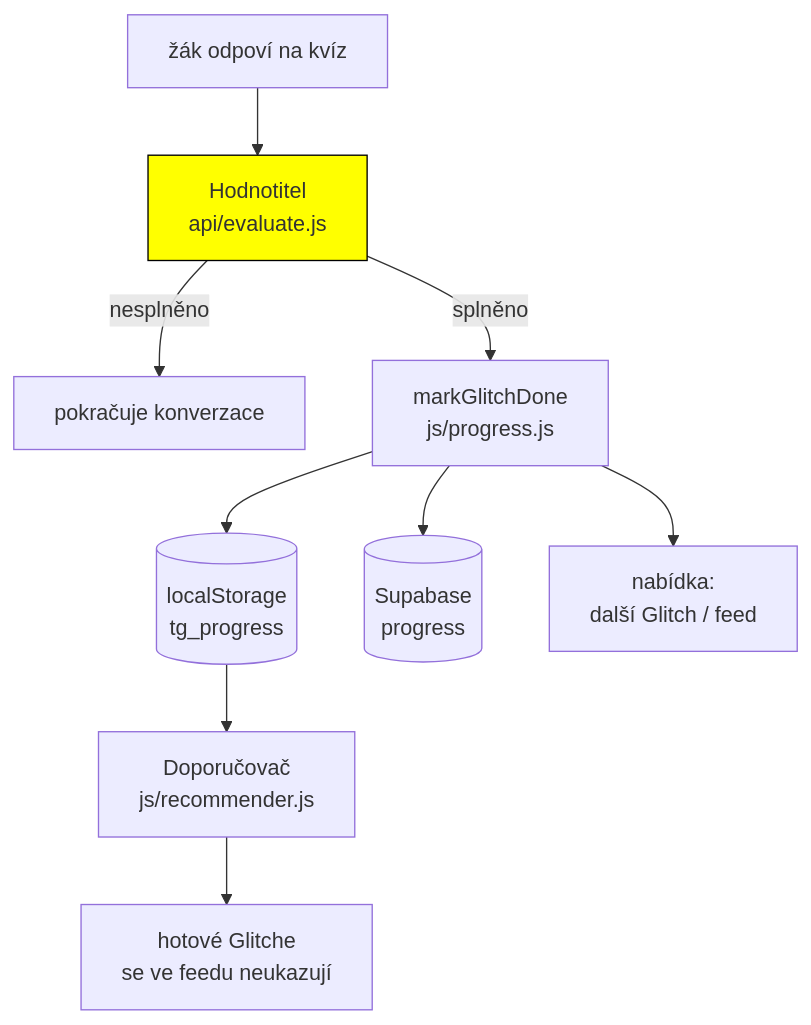
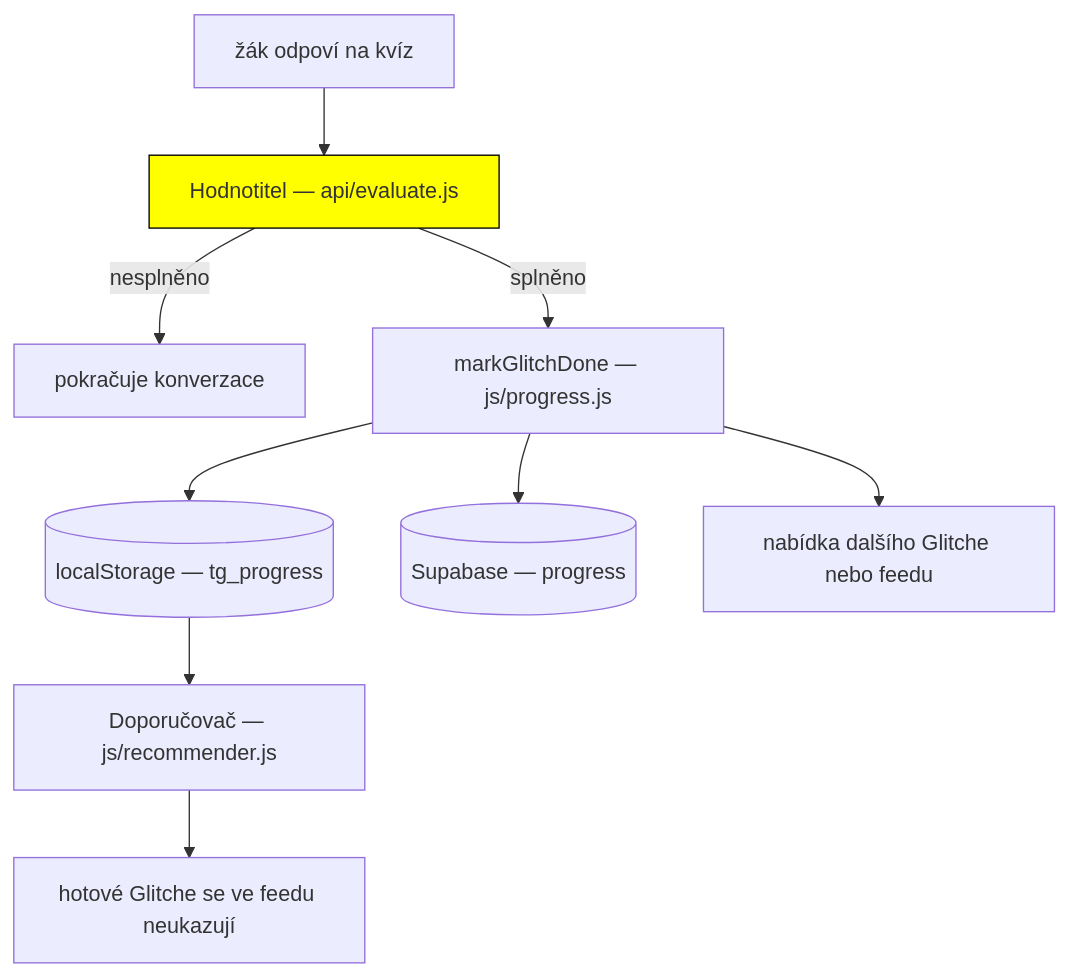
Before and after one commit to aidetemcz/glitch: the fourth of 4 diagrams in docs/tok-basic-glitch.md, drawn with Mermaid. The commit also changed other lines of this file, not shown here.

First line of the commit message:
Oprava mermaid diagramu: popisky uzlu v uvozovkach bez vnitrnich uvozovek

````diff
--- a/docs/tok-basic-glitch.md
+++ b/docs/tok-basic-glitch.md
@@ -106,15 +106,15 @@
 ```mermaid
 flowchart TD
-    K[žák odpoví na kvíz] --> H[Hodnotitel<br/>api/evaluate.js]
-    H -->|nesplněno| P[pokračuje konverzace]
-    H -->|splněno| D[markGlitchDone<br/>js/progress.js]
+    K["žák odpoví na kvíz"] --> H["Hodnotitel — api/evaluate.js"]
+    H -->|nesplněno| P["pokračuje konverzace"]
+    H -->|splněno| D["markGlitchDone — js/progress.js"]
 
-    D --> L[(localStorage<br/>tg_progress)]
-    D --> S[(Supabase<br/>progress)]
-    D --> U[nabídka:<br/>další Glitch / feed]
+    D --> L[("localStorage — tg_progress")]
+    D --> S[("Supabase — progress")]
+    D --> U["nabídka dalšího Glitche nebo feedu"]
 
-    L --> R[Doporučovač<br/>js/recommender.js]
-    R --> V[hotové Glitche<br/>se ve feedu neukazují]
+    L --> R["Doporučovač — js/recommender.js"]
+    R --> V["hotové Glitche se ve feedu neukazují"]
 
     style H fill:#ffff00,stroke:#000
 ```
````
